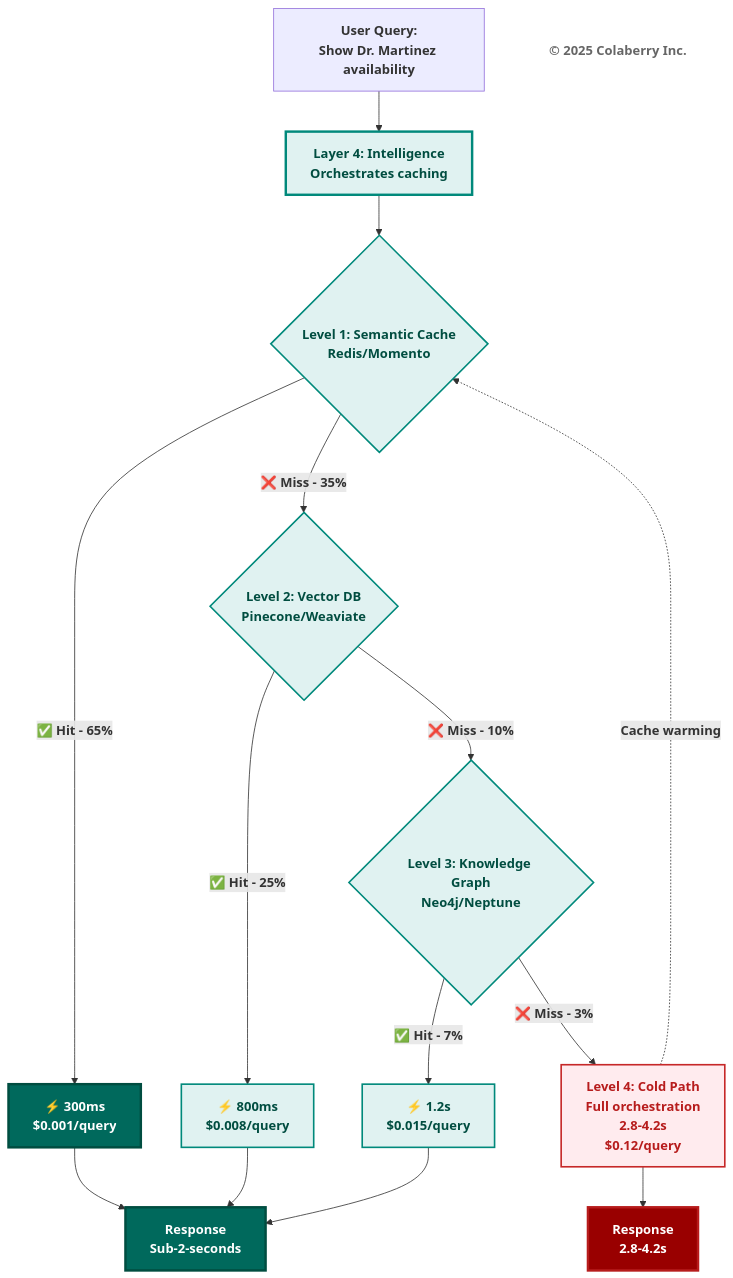
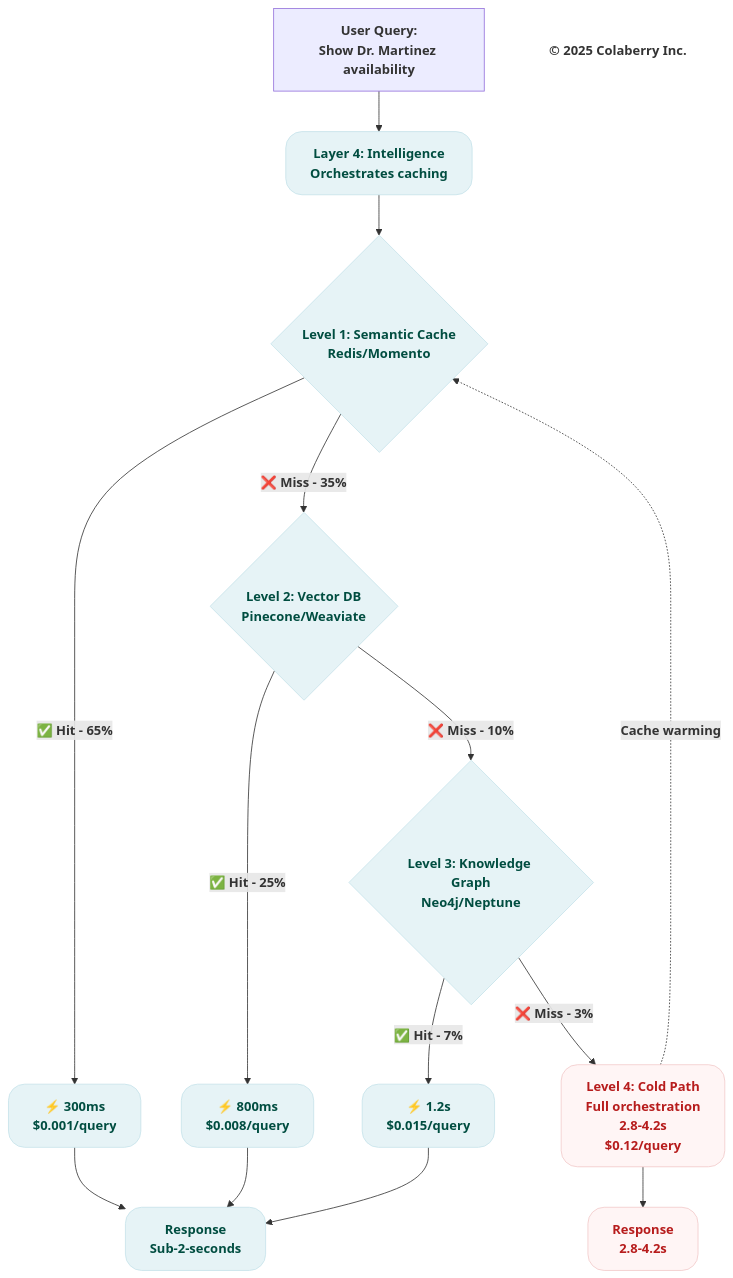
One commit to saitejesh-cyber/trust-before-intelligence-book changed the ninth of 14 diagrams in manuscript/08_chapter_7_goals_framework.md. Above: the diagram before and after it, drawn with Mermaid. The commit also changed other lines of this file and 7 other files, not shown here.

Commit message:
Chapter 6to13: Updated mermaid diagrams based on new colaberry color code

````diff
--- a/manuscript/08_chapter_7_goals_framework.md
+++ b/manuscript/08_chapter_7_goals_framework.md
@@ -1033,41 +1033,41 @@
 ```mermaid
 graph TD
     Q["<b>User Query:</b><br/><b>Show Dr. Martinez availability</b>"]
     
     Q --> L4["<b>Layer 4: Intelligence</b><br/><b>Orchestrates caching</b>"]
     
     L4 --> L1{"<b>Level 1: Semantic Cache</b><br/><b>Redis/Momento</b>"}
     
     L1 -->|<b>✅ Hit - 65%</b>| C1["<b>⚡ 300ms</b><br/><b>$0.001/query</b>"]
     
     L1 -->|<b>❌ Miss - 35%</b>| L2{"<b>Level 2: Vector DB</b><br/><b>Pinecone/Weaviate</b>"}
     
     L2 -->|<b>✅ Hit - 25%</b>| C2["<b>⚡ 800ms</b><br/><b>$0.008/query</b>"]
     
     L2 -->|<b>❌ Miss - 10%</b>| L3{"<b>Level 3: Knowledge Graph</b><br/><b>Neo4j/Neptune</b>"}
     
     L3 -->|<b>✅ Hit - 7%</b>| C3["<b>⚡ 1.2s</b><br/><b>$0.015/query</b>"]
     
     L3 -->|<b>❌ Miss - 3%</b>| COLD["<b>Level 4: Cold Path</b><br/><b>Full orchestration</b><br/><b>2.8-4.2s</b><br/><b>$0.12/query</b>"]
     
     C1 --> R["<b>Response</b><br/><b>Sub-2-seconds</b>"]
     C2 --> R
     C3 --> R
     COLD --> SLOW["<b>Response</b><br/><b>2.8-4.2s</b>"]
     
     COLD -.->|<b>Cache warming</b>| L1
     
-    style L4 fill:#e0f2f1,stroke:#00897b,stroke-width:3px,color:#004d40
-    style C1 fill:#00695c,color:#ffffff,stroke:#004d40,stroke-width:3px
-    style C2 fill:#e0f2f1,stroke:#00897b,stroke-width:2px,color:#004d40
-    style C3 fill:#e0f2f1,stroke:#00897b,stroke-width:2px,color:#004d40
-    style COLD fill:#ffebee,stroke:#c62828,stroke-width:2px,color:#b71c1c
-    style R fill:#00695c,color:#ffffff,stroke:#004d40,stroke-width:3px
-    style SLOW fill:#990000,color:#ffffff,stroke:#b71c1c,stroke-width:3px
-    style L1 fill:#e0f2f1,stroke:#00897b,stroke-width:2px,color:#004d40
-    style L2 fill:#e0f2f1,stroke:#00897b,stroke-width:2px,color:#004d40
-    style L3 fill:#e0f2f1,stroke:#00897b,stroke-width:2px,color:#004d40
+    style L4 fill:#e6f3f6,stroke:#c7e3ea,stroke-width:1px,color:#004d40,rx:20,ry:20
+    style C1 fill:#e6f3f6,stroke:#c7e3ea,stroke-width:1px,color:#004d40,rx:20,ry:20
+    style C2 fill:#e6f3f6,stroke:#c7e3ea,stroke-width:1px,color:#004d40,rx:20,ry:20
+    style C3 fill:#e6f3f6,stroke:#c7e3ea,stroke-width:1px,color:#004d40,rx:20,ry:20
+    style COLD fill:#fff5f5,stroke:#f2caca,stroke-width:1px,color:#b71c1c,rx:20,ry:20
+    style R fill:#e6f3f6,stroke:#c7e3ea,stroke-width:1px,color:#004d40,rx:20,ry:20
+    style SLOW fill:#fff5f5,stroke:#f2caca,stroke-width:1px,color:#b71c1c,rx:20,ry:20
+    style L1 fill:#e6f3f6,stroke:#c7e3ea,stroke-width:1px,color:#004d40,rx:20,ry:20
+    style L2 fill:#e6f3f6,stroke:#c7e3ea,stroke-width:1px,color:#004d40,rx:20,ry:20
+    style L3 fill:#e6f3f6,stroke:#c7e3ea,stroke-width:1px,color:#004d40,rx:20,ry:20
     
     Copyright["<b>© 2025 Colaberry Inc.</b>"]
-    style Copyright fill:#ffffff,stroke:none,color:#666666
+    style Copyright fill:none,stroke:none,color:#333333
 ```
````
